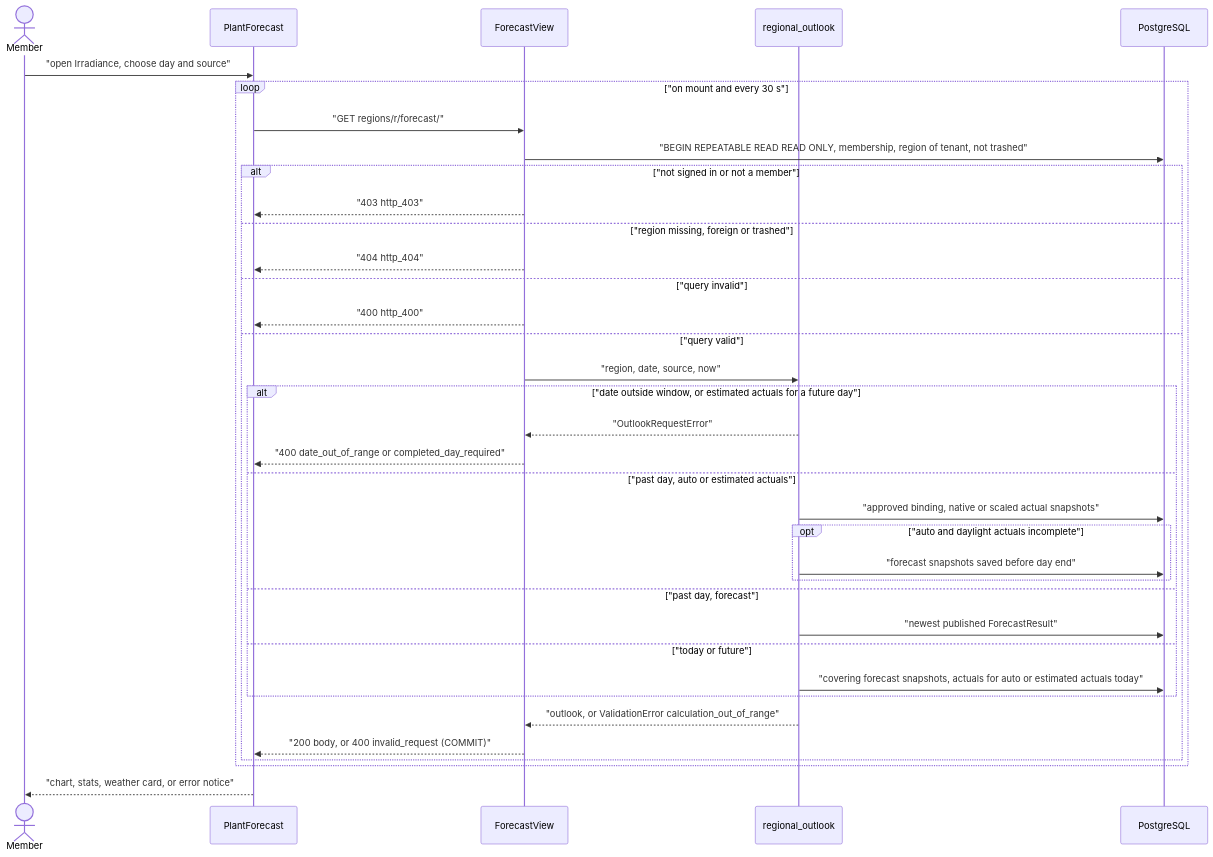
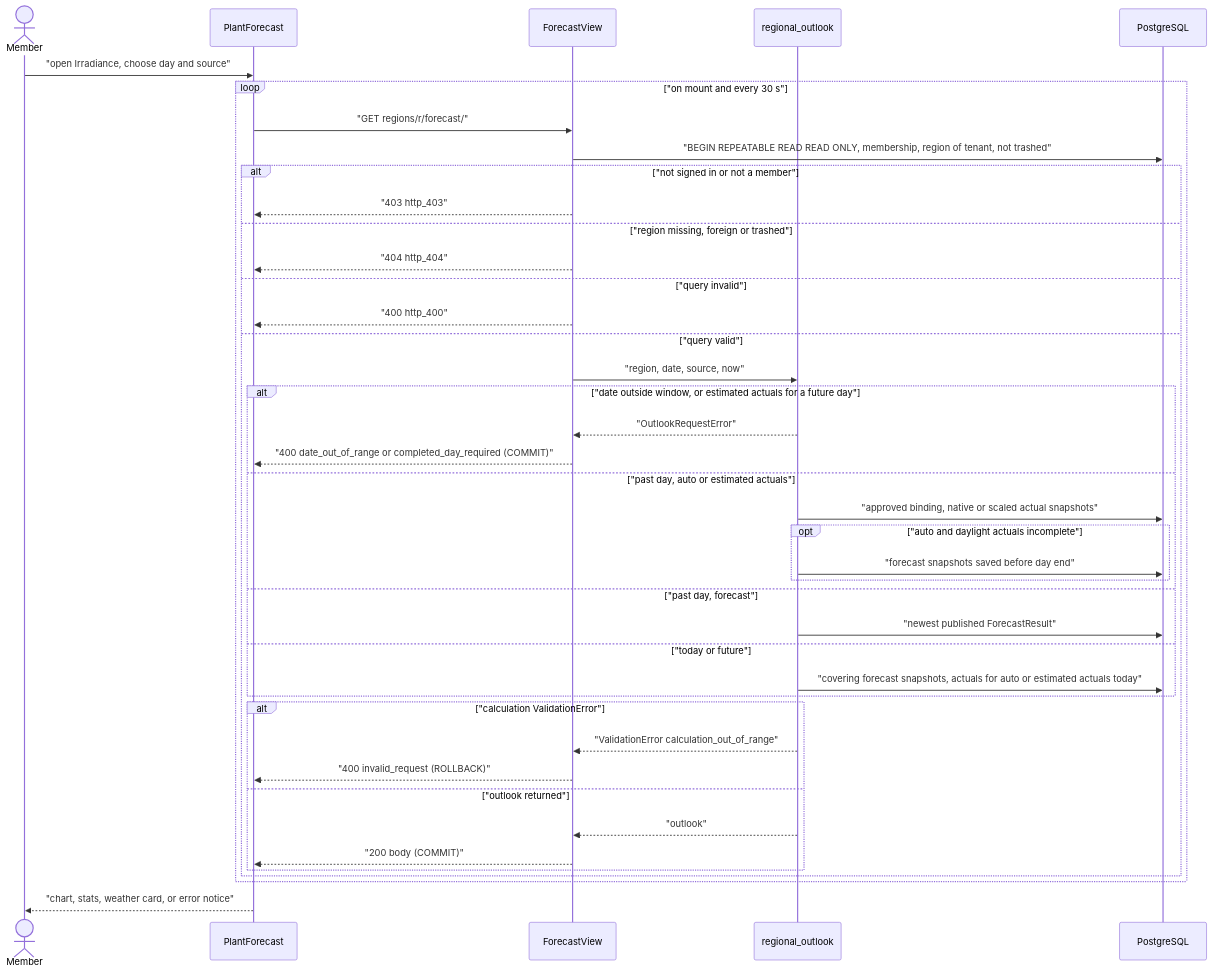
Before and after one commit to erkurtharun/pyracast: the diagram in docs/flows/irradiance-forecast-view.md, drawn with Mermaid. The commit also changed 5 other files, not shown here.

````diff
--- a/docs/flows/irradiance-forecast-view.md
+++ b/docs/flows/irradiance-forecast-view.md
@@ -12,38 +12,43 @@
 ```mermaid
 sequenceDiagram
     actor U as Member
     participant P as PlantForecast
     participant V as ForecastView
     participant O as regional_outlook
     participant DB as PostgreSQL
     U->>P: "open Irradiance, choose day and source"
     loop "on mount and every 30 s"
         P->>V: "GET regions/r/forecast/"
         V->>DB: "BEGIN REPEATABLE READ READ ONLY, membership, region of tenant, not trashed"
         alt "not signed in or not a member"
             V-->>P: "403 http_403"
         else "region missing, foreign or trashed"
             V-->>P: "404 http_404"
         else "query invalid"
             V-->>P: "400 http_400"
         else "query valid"
             V->>O: "region, date, source, now"
             alt "date outside window, or estimated actuals for a future day"
                 O-->>V: "OutlookRequestError"
-                V-->>P: "400 date_out_of_range or completed_day_required"
+                V-->>P: "400 date_out_of_range or completed_day_required (COMMIT)"
             else "past day, auto or estimated actuals"
                 O->>DB: "approved binding, native or scaled actual snapshots"
                 opt "auto and daylight actuals incomplete"
                     O->>DB: "forecast snapshots saved before day end"
                 end
             else "past day, forecast"
                 O->>DB: "newest published ForecastResult"
             else "today or future"
                 O->>DB: "covering forecast snapshots, actuals for auto or estimated actuals today"
             end
-            O-->>V: "outlook, or ValidationError calculation_out_of_range"
-            V-->>P: "200 body, or 400 invalid_request (COMMIT)"
+            alt "calculation ValidationError"
+                O-->>V: "ValidationError calculation_out_of_range"
+                V-->>P: "400 invalid_request (ROLLBACK)"
+            else "outlook returned"
+                O-->>V: "outlook"
+                V-->>P: "200 body (COMMIT)"
+            end
         end
     end
     P-->>U: "chart, stats, weather card, or error notice"
 ```
````
